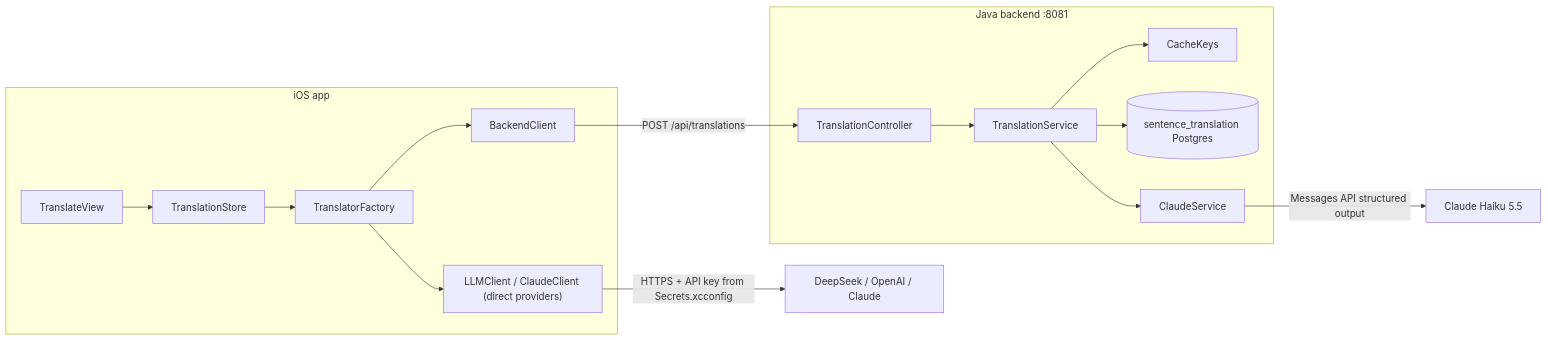
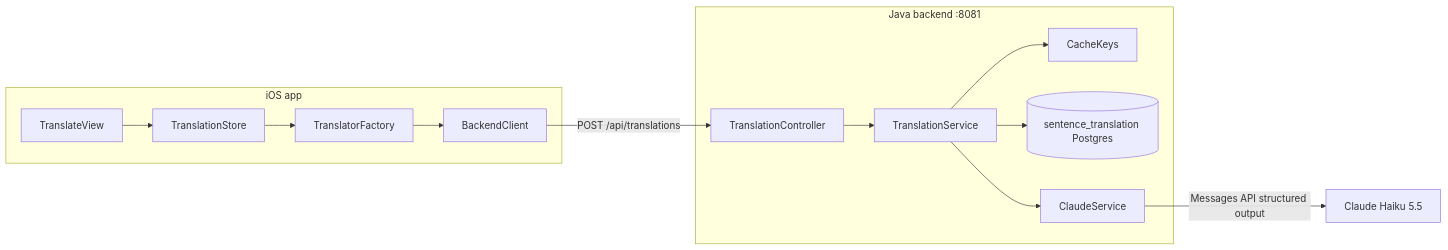
One commit to tranphuocloc070699/saynata changed the first of 2 diagrams in backlog/docs/features/doc-4 - Sentence-translation.md. Above: the diagram before and after it, drawn with Mermaid. The commit also changed other lines of this file and 17 other files, not shown here.

Commit message:
TASK-18: remove direct LLM clients and the provider picker

````diff
--- a/backlog/docs/features/doc-4 - Sentence-translation.md
+++ b/backlog/docs/features/doc-4 - Sentence-translation.md
@@ -20,18 +20,16 @@
 ```mermaid
 flowchart LR
     subgraph iOS["iOS app"]
         V[TranslateView] --> S[TranslationStore]
         S --> F[TranslatorFactory]
         F --> B[BackendClient]
-        F --> D["LLMClient / ClaudeClient (direct providers)"]
     end
     subgraph API["Java backend :8081"]
         C[TranslationController] --> T[TranslationService]
         T --> K[CacheKeys]
         T --> R[(sentence_translation Postgres)]
         T --> CS[ClaudeService]
     end
     B -- "POST /api/translations" --> C
     CS -- "Messages API structured output" --> CL[Claude Haiku 5.5]
-    D -- "HTTPS + API key from Secrets.xcconfig" --> LLM[DeepSeek / OpenAI / Claude]
 ```
````
